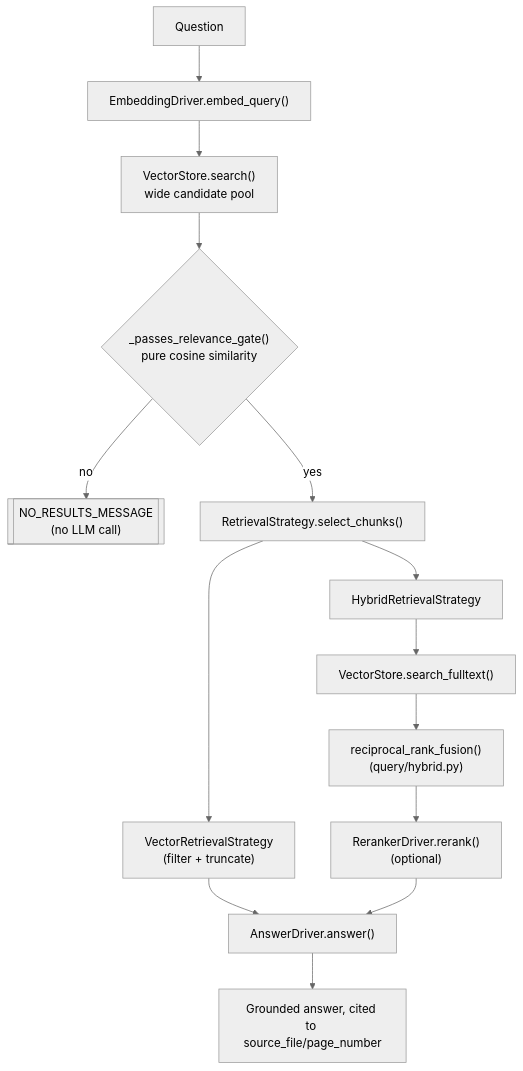
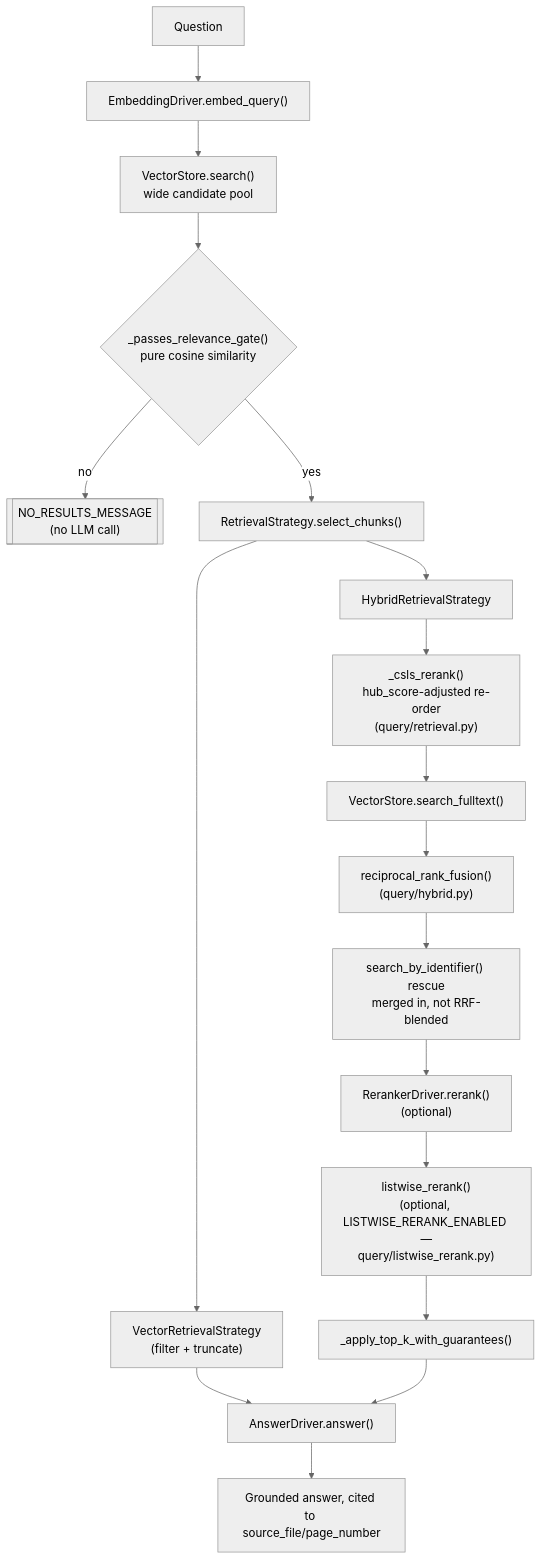
Before and after one commit to olythy/docs-agent: the second of 3 diagrams in docs/architecture.md, drawn with Mermaid (neutral theme). The commit also changed other lines of this file and 1 other file, not shown here.

First line of the commit message:
docs: sync architecture diagrams and directory tree with today's pipeline changes

````diff
--- a/docs/architecture.md
+++ b/docs/architecture.md
@@ -27,16 +30,20 @@
 ```mermaid
 flowchart TD
     Q[Question] --> QE["EmbeddingDriver.embed_query()"]
     QE --> VS["VectorStore.search()<br/>wide candidate pool"]
     VS --> RG{"_passes_relevance_gate()<br/>pure cosine similarity"}
     RG -- no --> NR[["NO_RESULTS_MESSAGE<br/>(no LLM call)"]]
     RG -- yes --> RS["RetrievalStrategy.select_chunks()"]
     RS --> VRS["VectorRetrievalStrategy<br/>(filter + truncate)"]
     RS --> HRS["HybridRetrievalStrategy"]
-    HRS --> FTS["VectorStore.search_fulltext()"]
+    HRS --> CSLS["_csls_rerank()<br/>hub_score-adjusted re-order<br/>(query/retrieval.py)"]
+    CSLS --> FTS["VectorStore.search_fulltext()"]
     FTS --> RRF["reciprocal_rank_fusion()<br/>(query/hybrid.py)"]
-    RRF --> RR["RerankerDriver.rerank()<br/>(optional)"]
+    RRF --> IDR["search_by_identifier() rescue<br/>merged in, not RRF-blended"]
+    IDR --> RR["RerankerDriver.rerank()<br/>(optional)"]
+    RR --> LW["listwise_rerank()<br/>(optional, LISTWISE_RERANK_ENABLED —<br/>query/listwise_rerank.py)"]
+    LW --> TK["_apply_top_k_with_guarantees()"]
     VRS --> AD["AnswerDriver.answer()"]
-    RR --> AD
+    TK --> AD
     AD --> ANS["Grounded answer, cited to source_file/page_number"]
 ```
````
